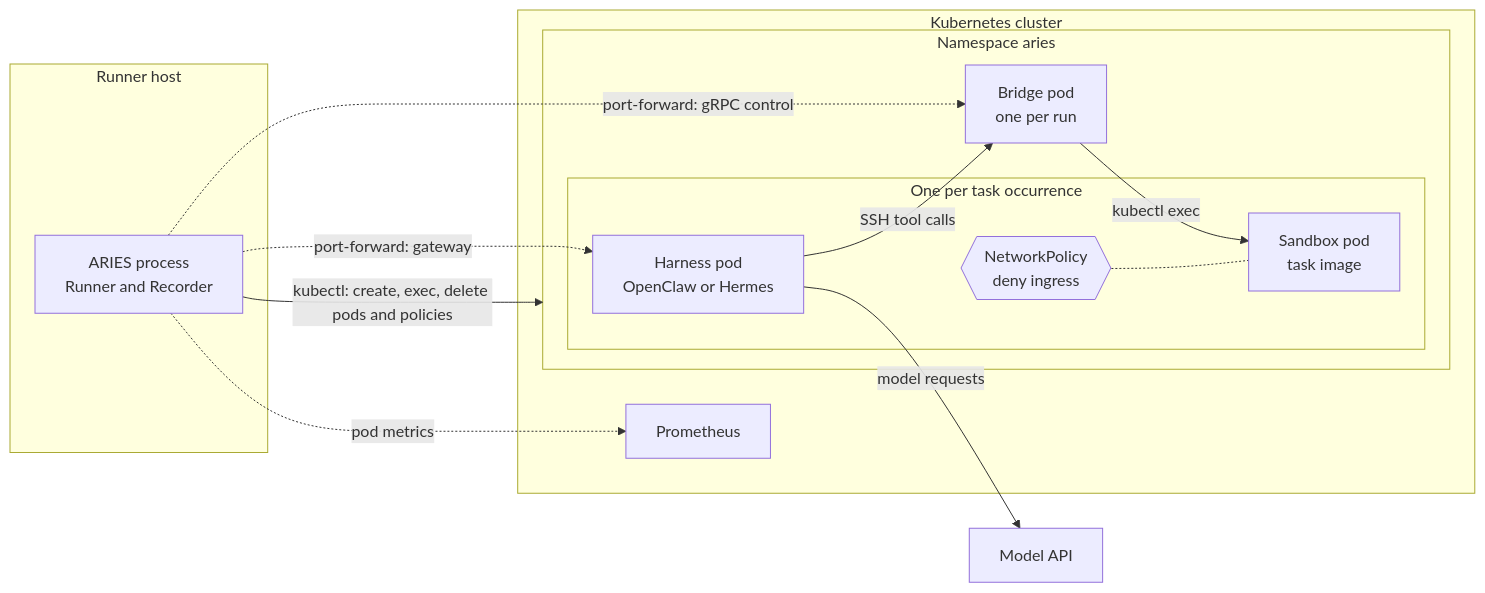
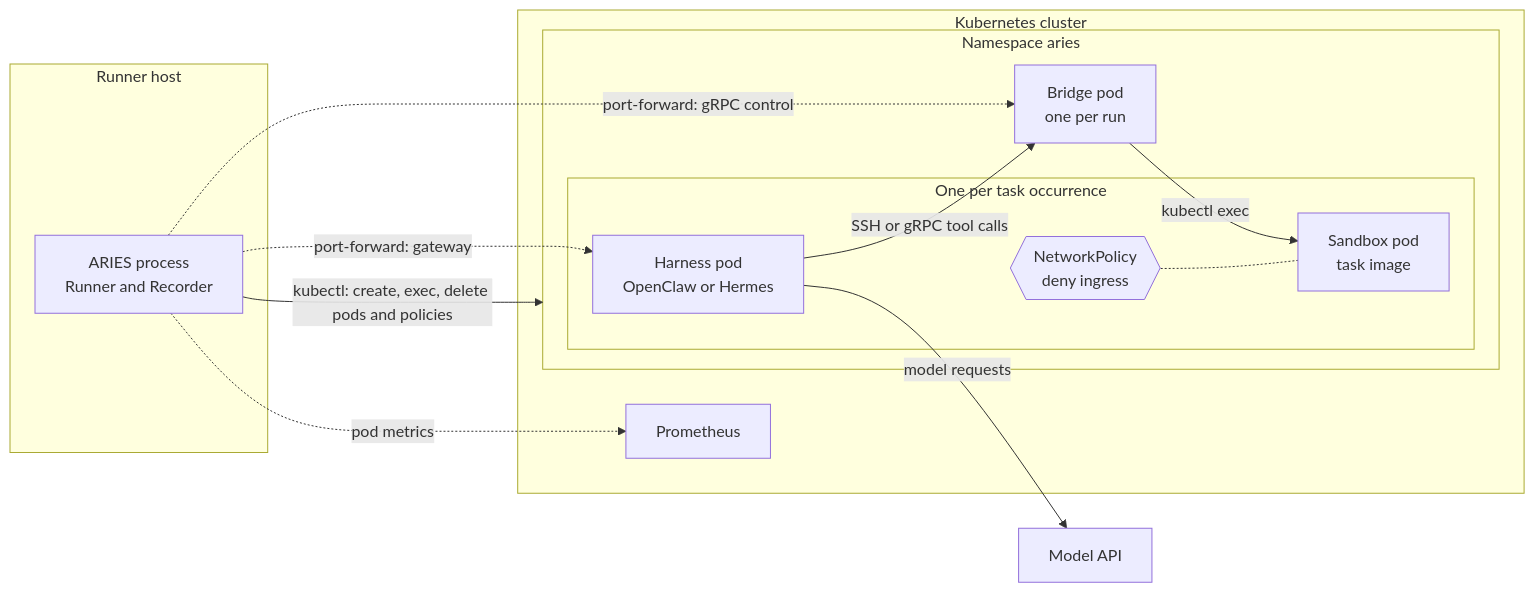
The diagram in docs/implementation/kubernetes.md (hyscale-lab/ARIES), drawn with Mermaid before and after one commit. The commit also changed other lines of this file and 38 other files, not shown here.

````diff
--- a/docs/implementation/kubernetes.md
+++ b/docs/implementation/kubernetes.md
@@ -18,31 +18,31 @@
 ```mermaid
 flowchart LR
     M[Model API]
 
     subgraph HOST[Runner host]
         R[ARIES process<br/>Runner and Recorder]
     end
 
     subgraph CLUSTER[Kubernetes cluster]
         PROM[Prometheus]
 
         subgraph NS[Namespace aries]
             B[Bridge pod<br/>one per run]
 
             subgraph TASK[One per task occurrence]
                 H[Harness pod<br/>OpenClaw or Hermes]
                 S[Sandbox pod<br/>task image]
                 NP{{NetworkPolicy<br/>deny ingress}}
             end
         end
     end
 
     R -- "kubectl: create, exec, delete pods and policies" --> NS
     R -. "port-forward: gateway" .-> H
     R -. "port-forward: gRPC control" .-> B
     R -. "pod metrics" .-> PROM
     H -- "model requests" --> M
-    H -- "SSH tool calls" --> B
+    H -- "SSH or gRPC tool calls" --> B
     B -- "kubectl exec" --> S
     NP -.- S
 ```
````
